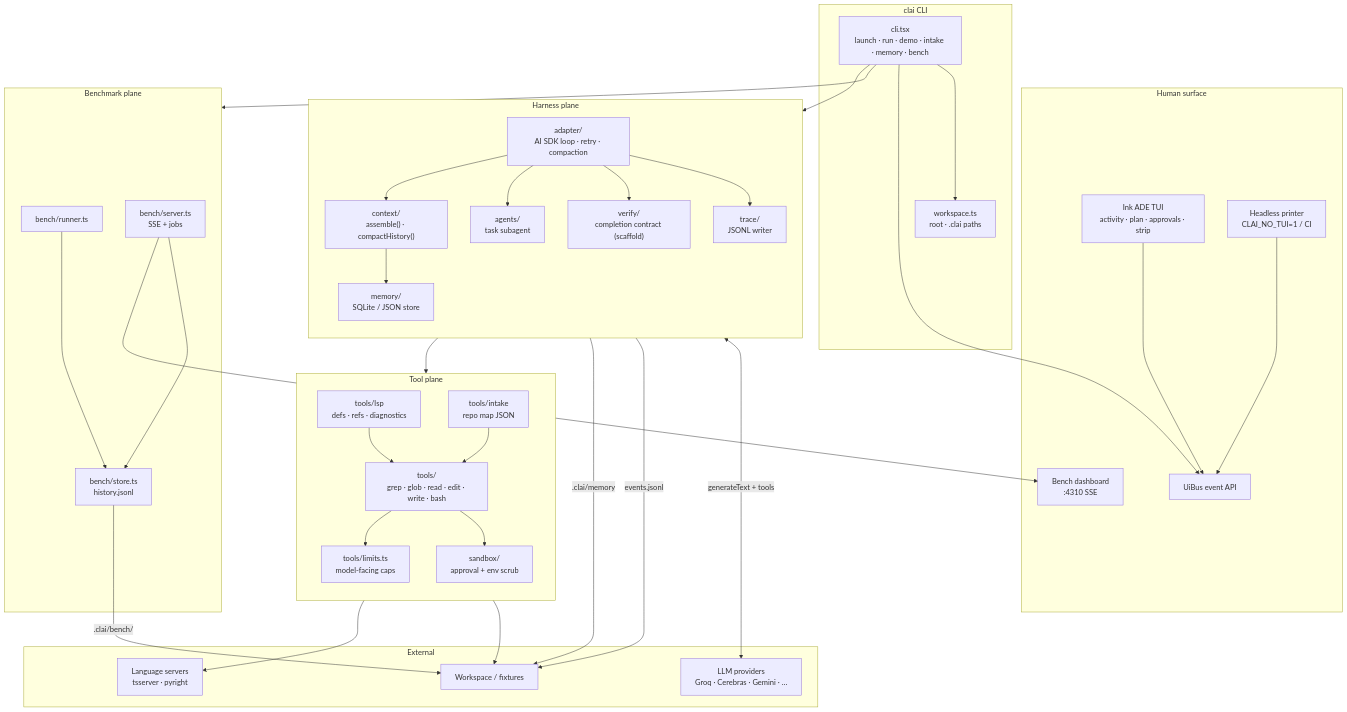
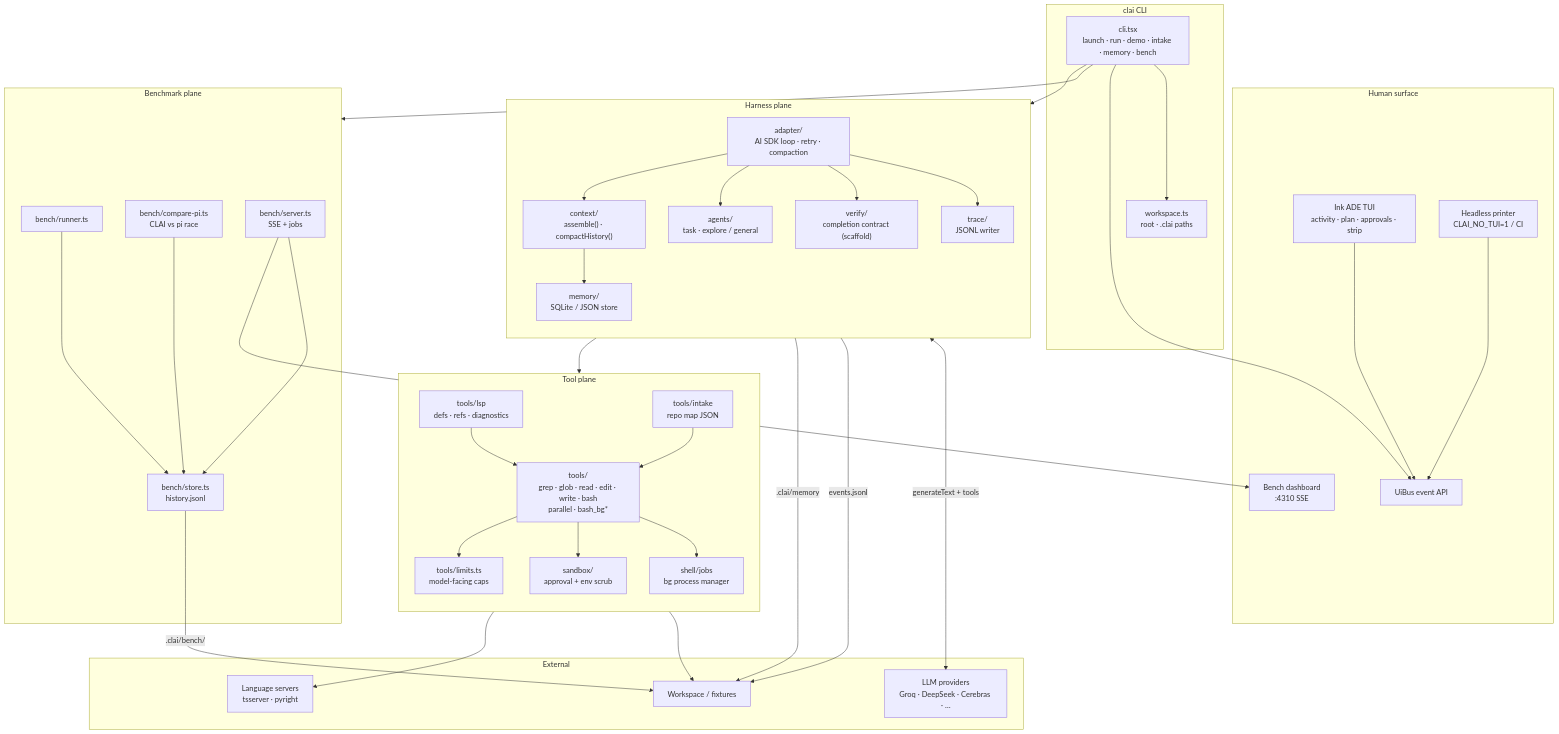
Before and after one commit to rajofearth/CodeRush2.0_TeamKnull: the first of 10 diagrams in docs/ARCHITECTURE.md, drawn with Mermaid. The commit also changed other lines of this file and 8 other files, not shown here.

First line of the commit message:
feat: harden bench stop, parallel controls, and compare finalize

````diff
--- a/docs/ARCHITECTURE.md
+++ b/docs/ARCHITECTURE.md
@@ -28,71 +28,75 @@
 ```mermaid
 flowchart TB
   subgraph Human["Human surface"]
     TUI["Ink ADE TUI<br/>activity · plan · approvals · strip"]
     Headless["Headless printer<br/>CLAI_NO_TUI=1 / CI"]
     Dashboard["Bench dashboard<br/>:4310 SSE"]
     UiBus["UiBus event API"]
     TUI --> UiBus
     Headless --> UiBus
   end
 
   subgraph CLI["clai CLI"]
     Entry["cli.tsx<br/>launch · run · demo · intake · memory · bench"]
     WS["workspace.ts<br/>root · .clai paths"]
     Entry --> WS
   end
 
   subgraph Harness["Harness plane"]
   direction TB
     Adapter["adapter/<br/>AI SDK loop · retry · compaction"]
     Context["context/<br/>assemble() · compactHistory()"]
     Memory["memory/<br/>SQLite / JSON store"]
-    Agents["agents/<br/>task subagent"]
+    Agents["agents/<br/>task · explore / general"]
     Verify["verify/<br/>completion contract (scaffold)"]
     Trace["trace/<br/>JSONL writer"]
     Context --> Memory
     Adapter --> Context
     Adapter --> Agents
     Adapter --> Verify
     Adapter --> Trace
   end
 
   subgraph Tool["Tool plane"]
   direction TB
-    Tools["tools/<br/>grep · glob · read · edit · write · bash"]
+    Tools["tools/<br/>grep · glob · read · edit · write · bash<br/>parallel · bash_bg*"]
     Limits["tools/limits.ts<br/>model-facing caps"]
     LSP["tools/lsp<br/>defs · refs · diagnostics"]
     Intake["tools/intake<br/>repo map JSON"]
+    Shell["shell/jobs<br/>bg process manager"]
     Sandbox["sandbox/<br/>approval + env scrub"]
     Tools --> Limits
     Tools --> Sandbox
+    Tools --> Shell
     LSP --> Tools
     Intake --> Tools
   end
 
   subgraph Bench["Benchmark plane"]
     Runner["bench/runner.ts"]
+    Compare["bench/compare-pi.ts<br/>CLAI vs pi race"]
     Server["bench/server.ts<br/>SSE + jobs"]
     Store["bench/store.ts<br/>history.jsonl"]
     Runner --> Store
+    Compare --> Store
     Server --> Store
     Server --> Dashboard
   end
 
   subgraph External["External"]
-    LLM["LLM providers<br/>Groq · Cerebras · Gemini · …"]
+    LLM["LLM providers<br/>Groq · DeepSeek · Cerebras · …"]
     Repo["Workspace / fixtures"]
     LspSrv["Language servers<br/>tsserver · pyright"]
   end
 
   Entry --> UiBus
   Entry --> Adapter
   Entry --> Bench
   Adapter <-->|"generateText + tools"| LLM
   Adapter --> Tools
   Tools --> Repo
   LSP --> LspSrv
   Trace -->|"events.jsonl"| Repo
   Memory -->|"`.clai/memory`"| Repo
   Store -->|"`.clai/bench/`"| Repo
 ```
````
